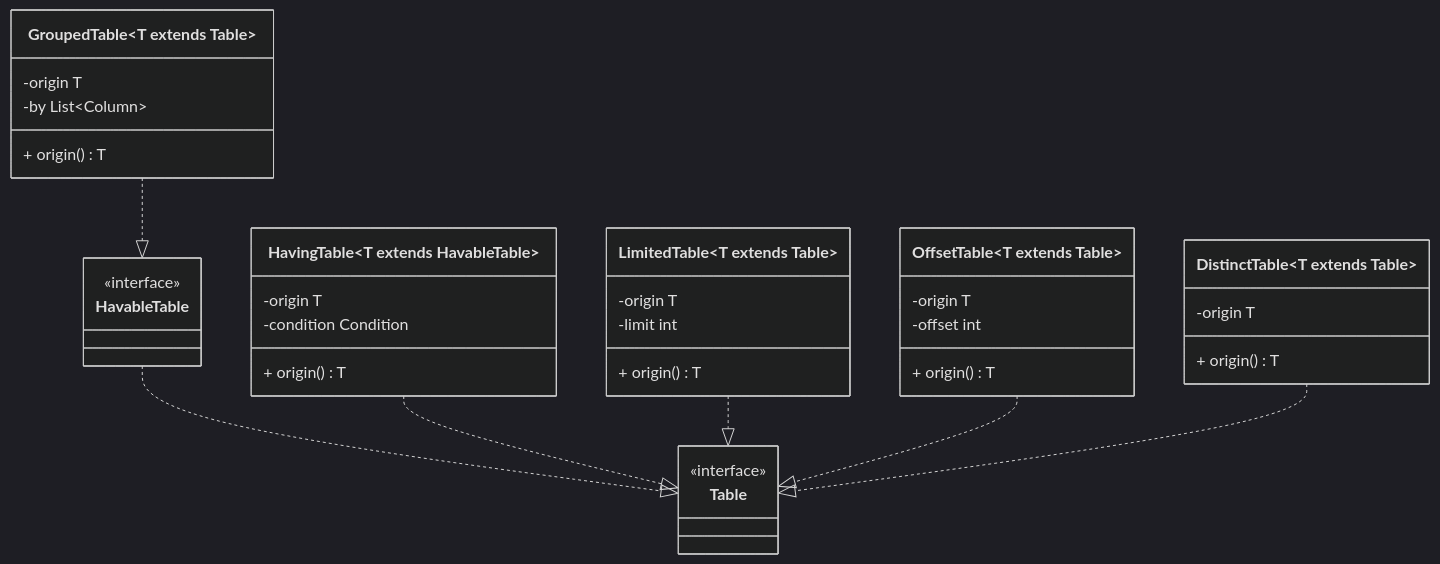
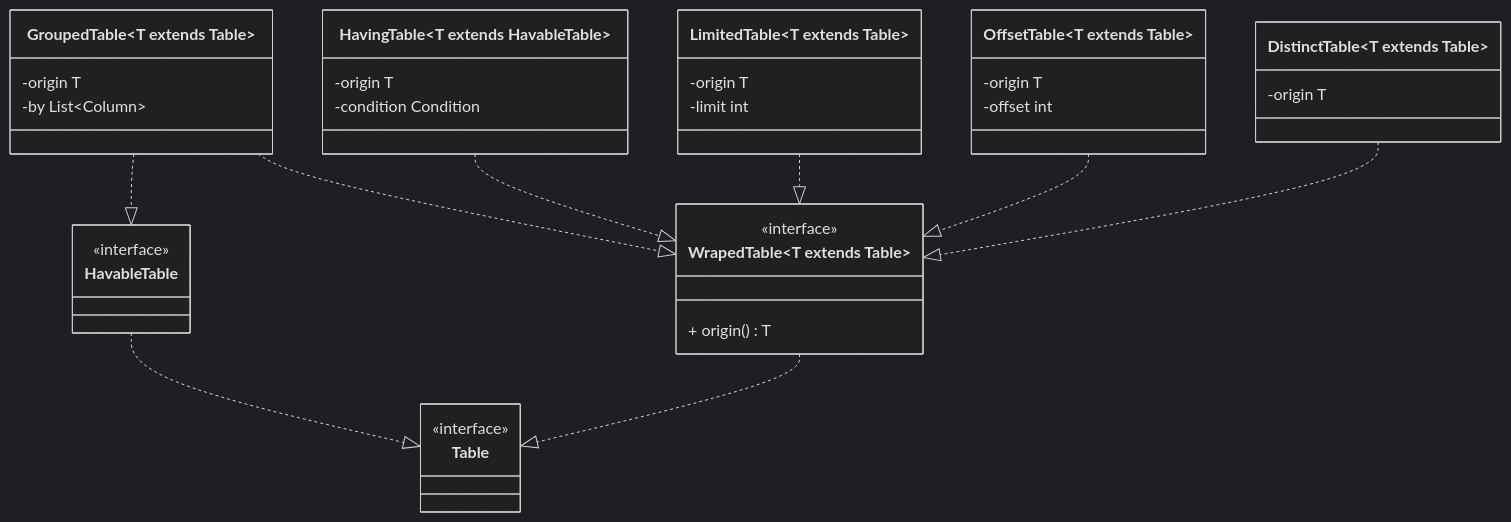
The fourth of 10 diagrams in docs/domain.md (safarislava/QueryBricks), drawn with Mermaid (dark theme) before and after one commit. The commit also changed other lines of this file, not shown here.

Commit message:
docs: Add interface for origin method

````diff
--- a/docs/domain.md
+++ b/docs/domain.md
@@ -81,45 +96,47 @@
 ```mermaid
 classDiagram
     class Table {
         <<interface>>
     }
 
     class HavableTable {
         <<interface>>
     }
     HavableTable ..|> Table
 
+    class WrapedTable~T extends Table~ {
+        <<interface>>
+        + origin() T
+    }
+    WrapedTable ..|> Table
+
     class GroupedTable~T extends Table~ {
         -origin T
         -by List~Column~
-        + origin() T
     }
     GroupedTable ..|> HavableTable
+    GroupedTable ..|> WrapedTable~T~
 
     class HavingTable~T extends HavableTable~ {
         -origin T
         -condition Condition
-        + origin() T
     }
-    HavingTable ..|> Table
+    HavingTable ..|> WrapedTable~T~
 
     class LimitedTable~T extends Table~ {
         -origin T
         -limit int
-        + origin() T
     }
-    LimitedTable ..|> Table
+    LimitedTable ..|> WrapedTable~T~
 
     class OffsetTable~T extends Table~ {
         -origin T
         -offset int
-        + origin() T
     }
-    OffsetTable ..|> Table
+    OffsetTable ..|> WrapedTable~T~
 
     class DistinctTable~T extends Table~ {
         -origin T
-        + origin() T
     }
-    DistinctTable ..|> Table
+    DistinctTable ..|> WrapedTable~T~
 ```
````
